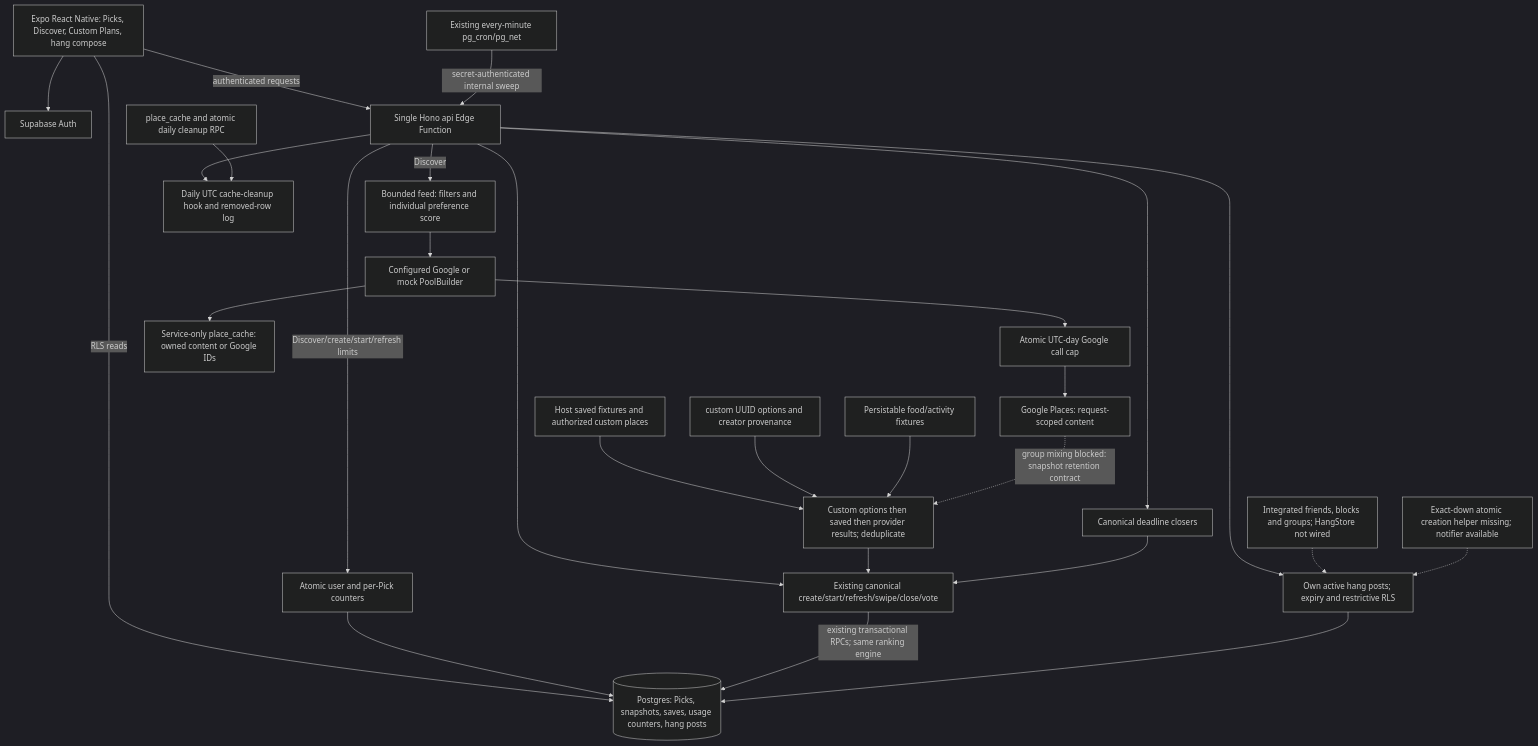
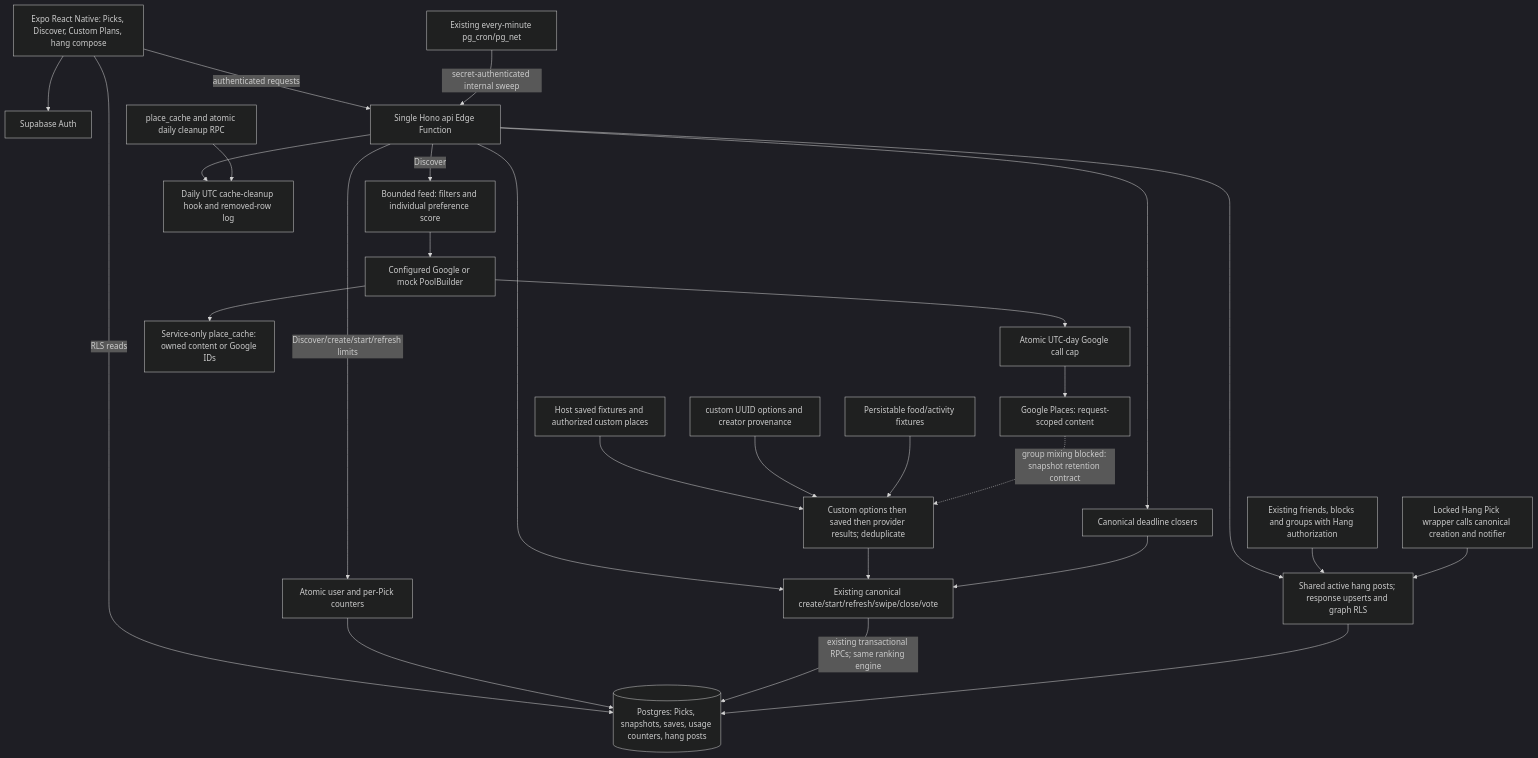
The fourth of 4 diagrams in docs/design.md (mopsha/WTW-CSE416), drawn with Mermaid (dark theme) before and after one commit. The commit also changed other lines of this file and 22 other files, not shown here.

Commit message:
Finish M4 hang responses and pick creation

````diff
--- a/docs/design.md
+++ b/docs/design.md
@@ -332,29 +332,29 @@
 ```mermaid
 flowchart TD
     App[Expo React Native: Picks, Discover, Custom Plans, hang compose] --> Auth[Supabase Auth]
     App -->|RLS reads| DB[(Postgres: Picks, snapshots, saves, usage counters, hang posts)]
     App -->|authenticated requests| API[Single Hono api Edge Function]
     API -->|Discover| Discover[Bounded feed: filters and individual preference score]
     Discover --> Providers[Configured Google or mock PoolBuilder]
     Providers --> Budget[Atomic UTC-day Google call cap]
     Budget --> Google[Google Places: request-scoped content]
     Providers --> Cache[Service-only place_cache: owned content or Google IDs]
     API -->|Discover/create/start/refresh limits| Limits[Atomic user and per-Pick counters]
     Limits --> DB
     API --> Lifecycle[Existing canonical create/start/refresh/swipe/close/vote]
     Saved[Host saved fixtures and authorized custom places] --> Priority[Custom options then saved then provider results; deduplicate]
     Custom[custom UUID options and creator provenance] --> Priority
     Mock[Persistable food/activity fixtures] --> Priority
     Priority --> Lifecycle
     Lifecycle -->|existing transactional RPCs; same ranking engine| DB
     Google -.->|group mixing blocked: snapshot retention contract| Priority
-    API --> Hang[Own active hang posts; expiry and restrictive RLS]
+    API --> Hang[Shared active hang posts; response upserts and graph RLS]
     Hang --> DB
-    Graph[Integrated friends, blocks and groups; HangStore not wired] -.-> Hang
-    Invites[Exact-down atomic creation helper missing; notifier available] -.-> Hang
+    Graph[Existing friends, blocks and groups with Hang authorization] --> Hang
+    Invites[Locked Hang Pick wrapper calls canonical creation and notifier] --> Hang
     Cron[Existing every-minute pg_cron/pg_net] -->|secret-authenticated internal sweep| API
     API --> Sweep[Canonical deadline closers]
     API --> Cleanup[Daily UTC cache-cleanup hook and removed-row log]
     Durable[place_cache and atomic daily cleanup RPC] --> Cleanup
     Sweep --> Lifecycle
 ```
````
